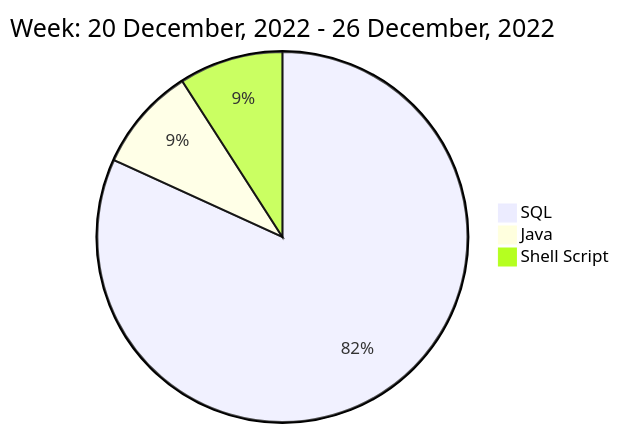
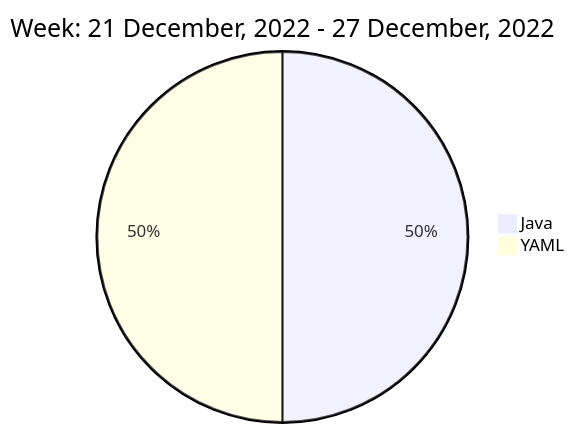
Before and after one commit to liubin95/liubin95: the diagram in README.md, drawn with Mermaid.

Commit message:
Updated the Graph with new Metrics

````diff
--- a/README.md
+++ b/README.md
@@ -40,7 +40,6 @@
 ```mermaid
  pie
-title Week: 20 December, 2022 - 26 December, 2022
- "SQL" : 0.27
- "Java" : 0.03
- "Shell Script" : 0.03
+title Week: 21 December, 2022 - 27 December, 2022
+ "Java" : 0.02
+ "YAML" : 0.02
 ```
````
